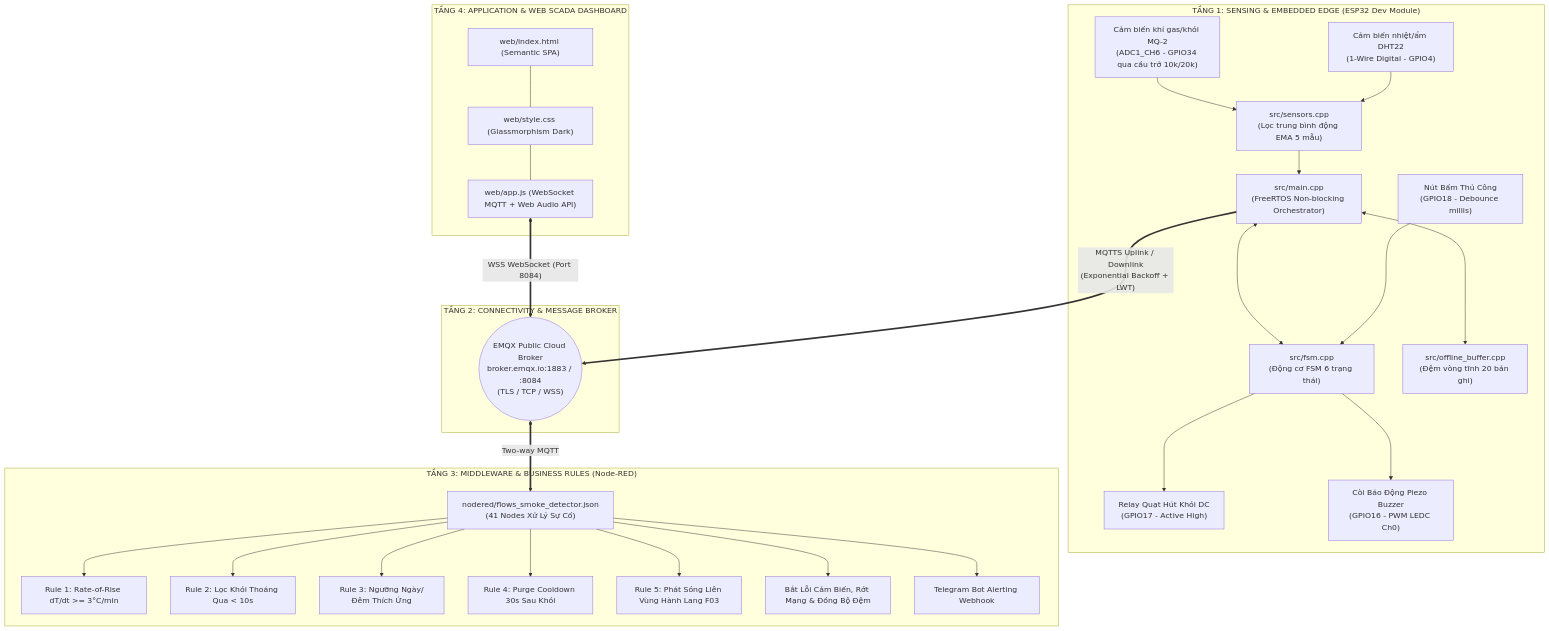
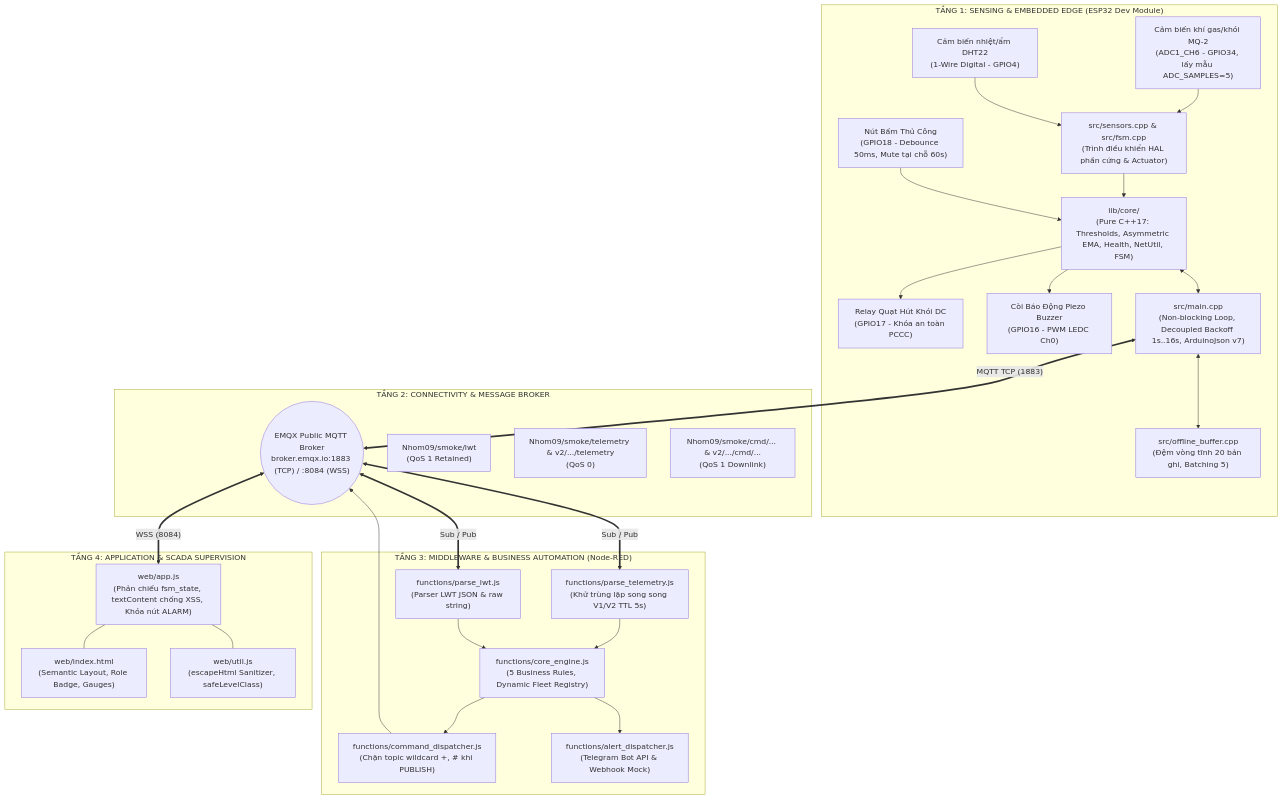
The diagram in PROJECT_CODEBASE.md (NVKhang2802/esp32-mqtt-smoke-alarm), drawn with Mermaid before and after one commit. The commit also changed other lines of this file and 33 other files, not shown here.

````diff
--- a/PROJECT_CODEBASE.md
+++ b/PROJECT_CODEBASE.md
@@ -28,51 +28,53 @@
 ```mermaid
 flowchart TD
     subgraph T1["TẦNG 1: SENSING & EMBEDDED EDGE (ESP32 Dev Module)"]
-        MQ2["Cảm biến khí gas/khói MQ-2\n(ADC1_CH6 - GPIO34 qua cầu trở 10k/20k)"]
+        MQ2["Cảm biến khí gas/khói MQ-2\n(ADC1_CH6 - GPIO34, lấy mẫu ADC_SAMPLES=5)"]
         DHT["Cảm biến nhiệt/ẩm DHT22\n(1-Wire Digital - GPIO4)"]
-        FAN["Relay Quạt Hút Khói DC\n(GPIO17 - Active High)"]
+        FAN["Relay Quạt Hút Khói DC\n(GPIO17 - Khóa an toàn PCCC)"]
         BUZ["Còi Báo Động Piezo Buzzer\n(GPIO16 - PWM LEDC Ch0)"]
-        BTN["Nút Bấm Thủ Công\n(GPIO18 - Debounce millis)"]
+        BTN["Nút Bấm Thủ Công\n(GPIO18 - Debounce 50ms, Mute tại chỗ 60s)"]
         
-        FW_HAL["src/sensors.cpp\n(Lọc trung bình động EMA 5 mẫu)"]
-        FW_FSM["src/fsm.cpp\n(Động cơ FSM 6 trạng thái)"]
-        FW_BUF["src/offline_buffer.cpp\n(Đệm vòng tĩnh 20 bản ghi)"]
-        FW_CORE["src/main.cpp\n(FreeRTOS Non-blocking Orchestrator)"]
+        CORE_LIB["lib/core/\n(Pure C++17: Thresholds, Asymmetric EMA, Health, NetUtil, FSM)"]
+        FW_HAL["src/sensors.cpp & src/fsm.cpp\n(Trình điều khiển HAL phần cứng & Actuator)"]
+        FW_BUF["src/offline_buffer.cpp\n(Đệm vòng tĩnh 20 bản ghi, Batching 5)"]
+        FW_MAIN["src/main.cpp\n(Non-blocking Loop, Decoupled Backoff 1s..16s, ArduinoJson v7)"]
 
         MQ2 & DHT --> FW_HAL
-        FW_HAL --> FW_CORE
-        FW_CORE <--> FW_FSM
-        FW_FSM --> FAN & BUZ
-        BTN --> FW_FSM
-        FW_CORE <--> FW_BUF
+        FW_HAL --> CORE_LIB
+        CORE_LIB <--> FW_MAIN
+        FW_MAIN <--> FW_BUF
+        CORE_LIB --> FAN & BUZ
+        BTN --> CORE_LIB
     end
 
     subgraph T2["TẦNG 2: CONNECTIVITY & MESSAGE BROKER"]
-        BROKER(("EMQX Public Cloud Broker\nbroker.emqx.io:1883 / :8084\n(TLS / TCP / WSS)"))
-        FW_CORE == "MQTTS Uplink / Downlink\n(Exponential Backoff + LWT)" ==> BROKER
+        BROKER(("EMQX Public MQTT Broker\nbroker.emqx.io:1883 (TCP) / :8084 (WSS)"))
+        LWT_TOPIC["Nhom09/smoke/lwt\n(QoS 1 Retained)"]
+        TELE_TOPIC["Nhom09/smoke/telemetry & v2/.../telemetry\n(QoS 0)"]
+        CMD_TOPIC["Nhom09/smoke/cmd/... & v2/.../cmd/...\n(QoS 1 Downlink)"]
+        FW_MAIN <== "MQTT TCP (1883)" ==> BROKER
     end
 
-    subgraph T3["TẦNG 3: MIDDLEWARE & BUSINESS RULES (Node-RED)"]
-        NR_ENGINE["nodered/flows_smoke_detector.json\n(41 Nodes Xử Lý Sự Cố)"]
-        RULE1["Rule 1: Rate-of-Rise dT/dt >= 3°C/min"]
-        RULE2["Rule 2: Lọc Khói Thoáng Qua < 10s"]
-        RULE3["Rule 3: Ngưỡng Ngày/Đêm Thích Ứng"]
-        RULE4["Rule 4: Purge Cooldown 30s Sau Khói"]
-        RULE5["Rule 5: Phát Sóng Liên Vùng Hành Lang F03"]
-        ABNORMAL["Bắt Lỗi Cảm Biến, Rớt Mạng & Đồng Bộ Đệm"]
-        TELEGRAM["Telegram Bot Alerting Webhook"]
+    subgraph T3["TẦNG 3: MIDDLEWARE & BUSINESS AUTOMATION (Node-RED)"]
+        NR_DEDUP["functions/parse_telemetry.js\n(Khử trùng lặp song song V1/V2 TTL 5s)"]
+        NR_LWT["functions/parse_lwt.js\n(Parser LWT JSON & raw string)"]
+        NR_ENGINE["functions/core_engine.js\n(5 Business Rules, Dynamic Fleet Registry)"]
+        NR_DISP["functions/command_dispatcher.js\n(Chặn topic wildcard +, # khi PUBLISH)"]
+        NR_ALERT["functions/alert_dispatcher.js\n(Telegram Bot API & Webhook Mock)"]
         
-        BROKER <== "Two-way MQTT" ==> NR_ENGINE
-        NR_ENGINE --> RULE1 & RULE2 & RULE3 & RULE4 & RULE5 & ABNORMAL
-        NR_ENGINE --> TELEGRAM
+        BROKER <== "Sub / Pub" ==> NR_DEDUP & NR_LWT
+        NR_DEDUP & NR_LWT --> NR_ENGINE
+        NR_ENGINE --> NR_DISP --> BROKER
+        NR_ENGINE --> NR_ALERT
     end
 
-    subgraph T4["TẦNG 4: APPLICATION & WEB SCADA DASHBOARD"]
-        WEB_HTML["web/index.html (Semantic SPA)"]
-        WEB_CSS["web/style.css (Glassmorphism Dark)"]
-        WEB_JS["web/app.js (WebSocket MQTT + Web Audio API)"]
+    subgraph T4["TẦNG 4: APPLICATION & SCADA SUPERVISION"]
+        WEB_HTML["web/index.html\n(Semantic Layout, Role Badge, Gauges)"]
+        WEB_UTIL["web/util.js\n(escapeHtml Sanitizer, safeLevelClass)"]
+        WEB_APP["web/app.js\n(Phản chiếu fsm_state, textContent chống XSS, Khóa nút ALARM)"]
         
-        WEB_JS <== "WSS WebSocket (Port 8084)" ==> BROKER
-        WEB_HTML --- WEB_CSS --- WEB_JS
+        BROKER <== "WSS (8084)" ==> WEB_APP
+        WEB_APP --- WEB_UTIL
+        WEB_APP --- WEB_HTML
     end
 ```
````
